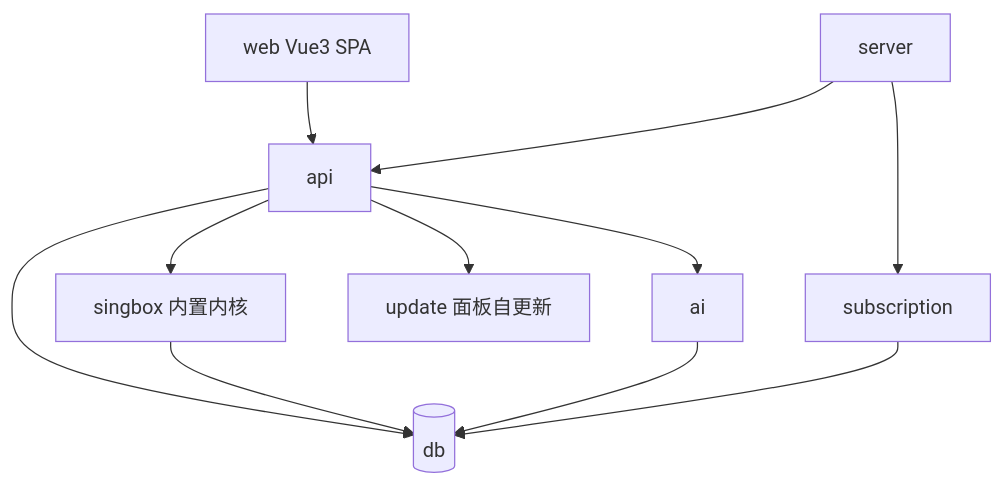
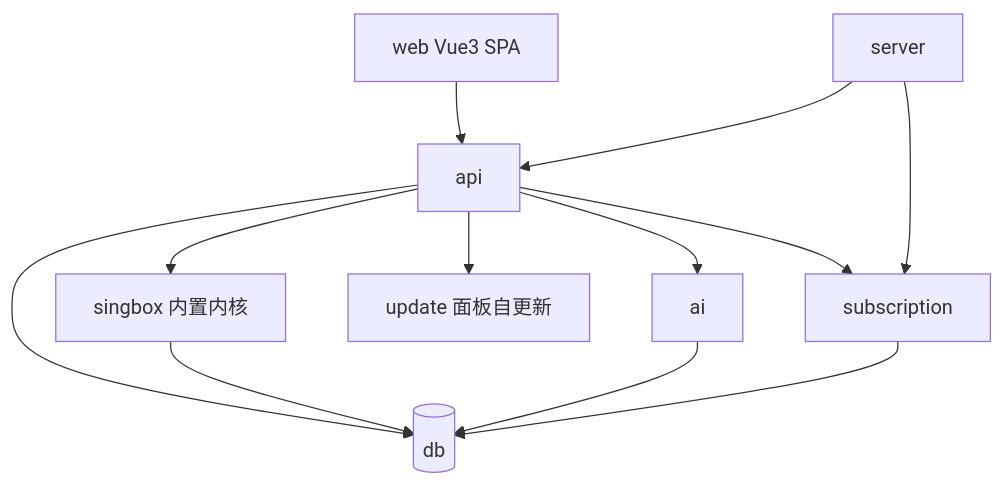
The diagram in .agents/docs/CODE-MAP.md (HodgeWen/proxy-ui), drawn with Mermaid before and after one commit. The commit also changed other lines of this file and 11 other files, not shown here.

````diff
--- a/.agents/docs/CODE-MAP.md
+++ b/.agents/docs/CODE-MAP.md
@@ -52,13 +52,14 @@
 ```mermaid
 graph TD
     web[web Vue3 SPA] --> api[api]
     api --> db[(db)]
     api --> singbox[singbox 内置内核]
     api --> update[update 面板自更新]
     api --> ai[ai]
+    api --> subscription
     singbox --> db
     subscription[subscription] --> db
     ai --> db
     server[server] --> api
     server --> subscription
 ```
````
